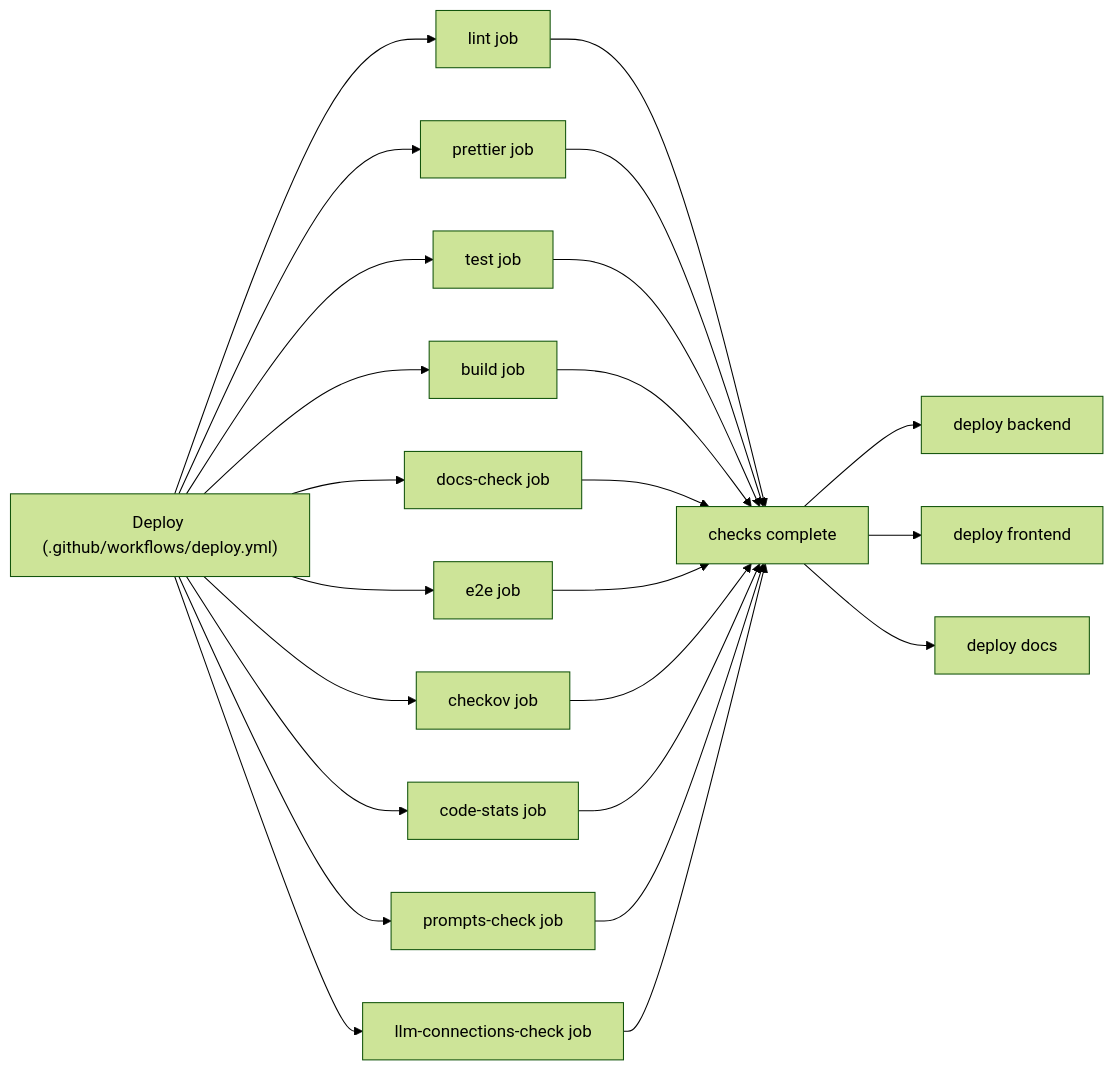
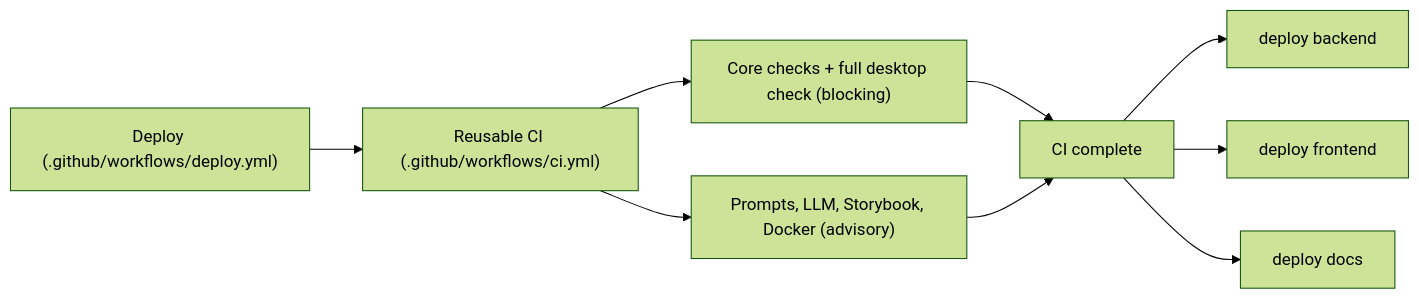
The fourth of 4 diagrams in README.md (Chronote-gg/Chronote), drawn with Mermaid (forest theme) before and after one commit. The commit also changed other lines of this file and 3 other files, not shown here.

````diff
--- a/README.md
+++ b/README.md
@@ -129,26 +123,11 @@
 ```mermaid
 flowchart LR
-  A["Deploy (.github/workflows/deploy.yml)"] --> B["lint job"]
-  A --> C["prettier job"]
-  A --> D["test job"]
-  A --> E["build job"]
-  A --> F["docs-check job"]
-  A --> G["e2e job"]
-  A --> H["checkov job"]
-  A --> I["code-stats job"]
-  A --> P["prompts-check job"]
-  A --> Q["llm-connections-check job"]
-  B --> Z["checks complete"]
-  C --> Z
+  A["Deploy (.github/workflows/deploy.yml)"] --> B["Reusable CI (.github/workflows/ci.yml)"]
+  B --> C["Core checks + full desktop check (blocking)"]
+  B --> D["Prompts, LLM, Storybook, Docker (advisory)"]
+  C --> Z["CI complete"]
   D --> Z
-  E --> Z
-  F --> Z
-  G --> Z
-  H --> Z
-  I --> Z
-  P --> Z
-  Q --> Z
   Z --> L["deploy backend"]
   Z --> J["deploy frontend"]
   Z --> K["deploy docs"]
 ```
````
